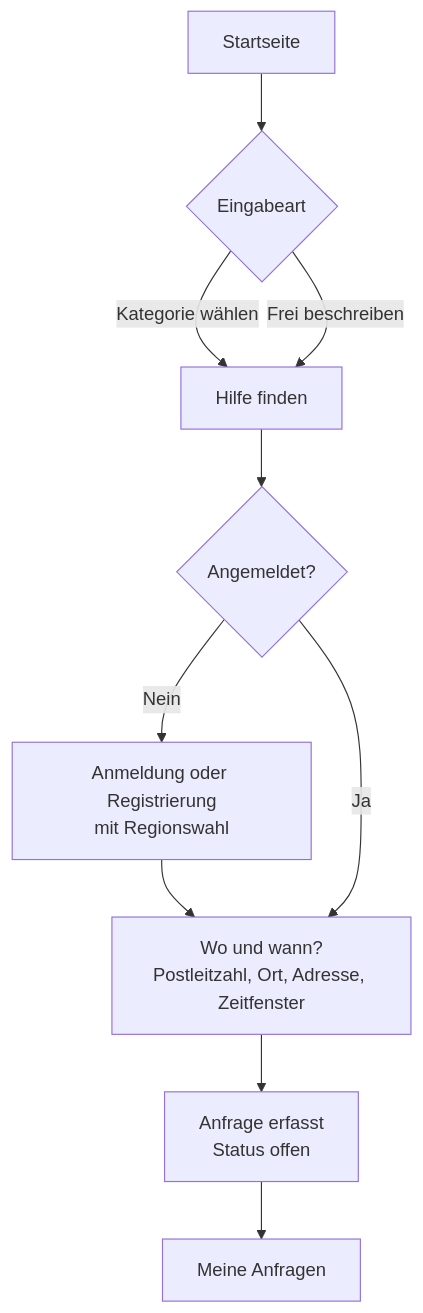
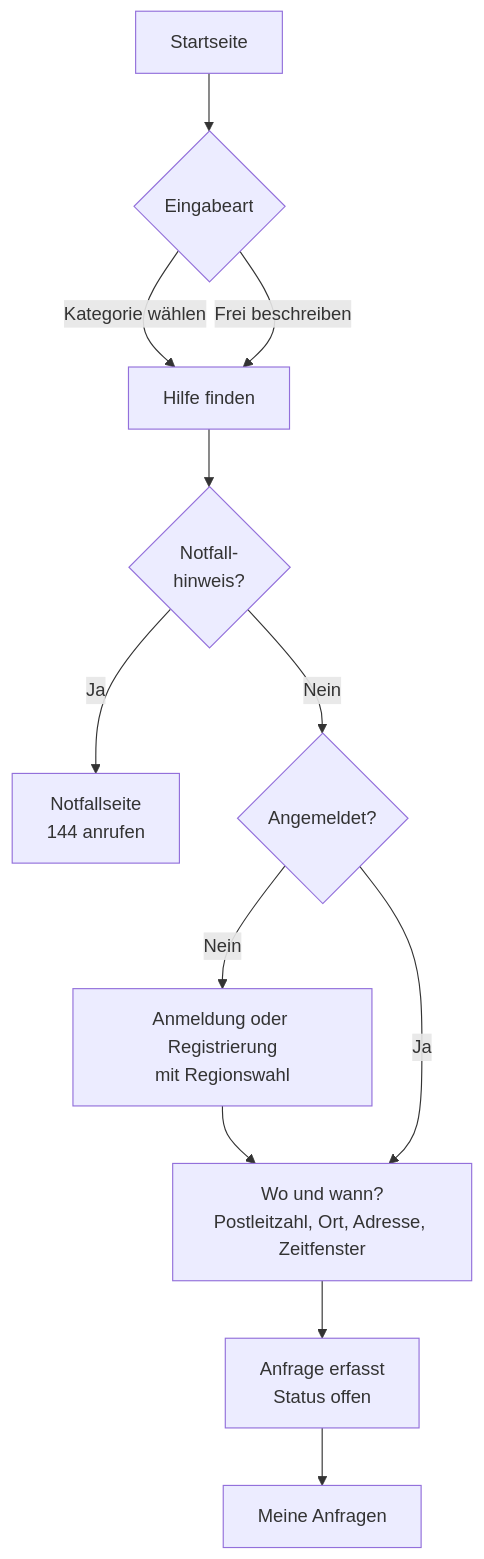
Before and after one commit to maliswiss/soforthilfe-bern-mittelland: the diagram in docs/screenflow.md, drawn with Mermaid. The commit also changed other lines of this file and 20 other files, not shown here.

Commit message:
R2: Notfall-Stopp mit Hinweis 144 anrufen und Haftungsausschluss (Refs #24)

````diff
--- a/docs/screenflow.md
+++ b/docs/screenflow.md
@@ -18,12 +18,14 @@
 ```mermaid
 flowchart TD
     S["Startseite"] --> I{"Eingabeart"}
     I -->|"Kategorie wählen"| H["Hilfe finden"]
     I -->|"Frei beschreiben"| H
-    H --> A{"Angemeldet?"}
+    H --> N{"Notfall-<br/>hinweis?"}
+    N -->|"Ja"| NF["Notfallseite<br/>144 anrufen"]
+    N -->|"Nein"| A{"Angemeldet?"}
     A -->|"Nein"| AN["Anmeldung oder Registrierung<br/>mit Regionswahl"]
     AN --> E
     A -->|"Ja"| E["Wo und wann?<br/>Postleitzahl, Ort, Adresse, Zeitfenster"]
     E --> D["Anfrage erfasst<br/>Status offen"]
     D --> M["Meine Anfragen"]
 ```
````
